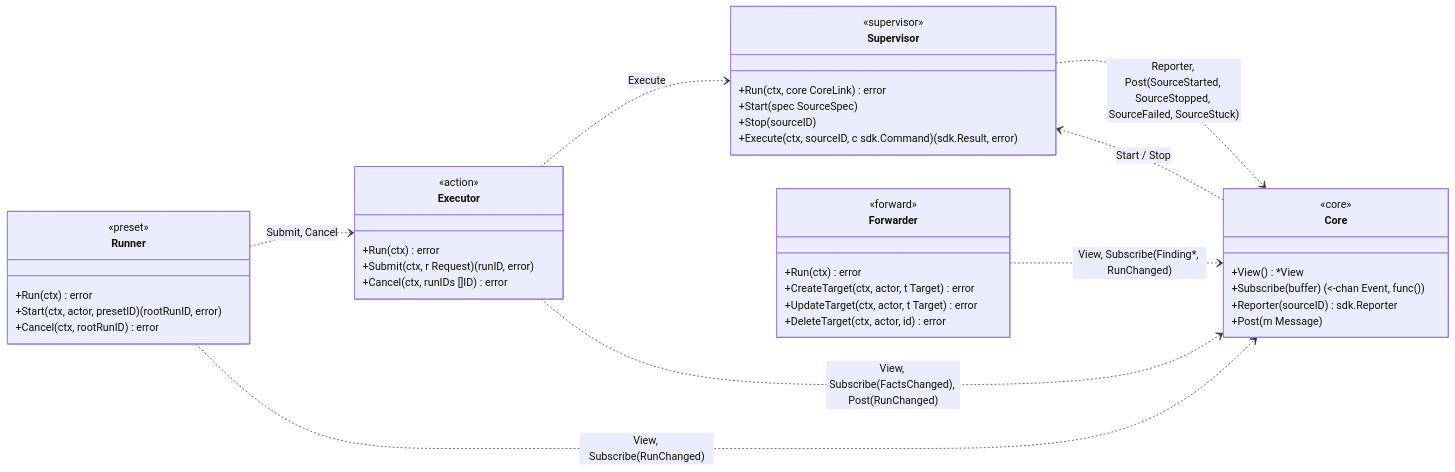
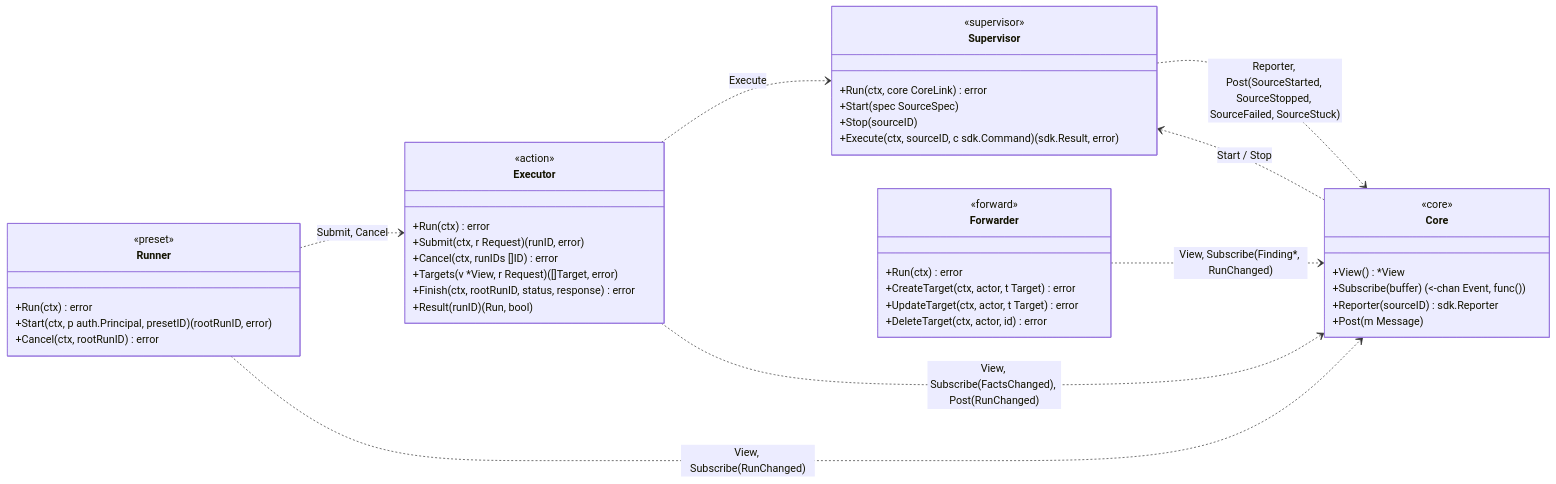
Before and after one commit to lukirs95/monika: the first of 6 diagrams in docs/contracts/services.md, drawn with Mermaid. The commit also changed other lines of this file and 6 other files, not shown here.

````diff
--- a/docs/contracts/services.md
+++ b/docs/contracts/services.md
@@ -9,46 +9,49 @@
 ```mermaid
 classDiagram
     direction LR
 
     class Supervisor {
         <<supervisor>>
         +Run(ctx, core CoreLink) error
         +Start(spec SourceSpec)
         +Stop(sourceID)
         +Execute(ctx, sourceID, c sdk.Command) (sdk.Result, error)
     }
     class Executor {
         <<action>>
         +Run(ctx) error
         +Submit(ctx, r Request) (runID, error)
         +Cancel(ctx, runIDs []ID) error
+        +Targets(v *View, r Request) ([]Target, error)
+        +Finish(ctx, rootRunID, status, response) error
+        +Result(runID) (Run, bool)
     }
     class Runner {
         <<preset>>
         +Run(ctx) error
-        +Start(ctx, actor, presetID) (rootRunID, error)
+        +Start(ctx, p auth.Principal, presetID) (rootRunID, error)
         +Cancel(ctx, rootRunID) error
     }
     class Forwarder {
         <<forward>>
         +Run(ctx) error
         +CreateTarget(ctx, actor, t Target) error
         +UpdateTarget(ctx, actor, t Target) error
         +DeleteTarget(ctx, actor, id) error
     }
     class Core {
         <<core>>
         +View() *View
         +Subscribe(buffer) (<-chan Event, func())
         +Reporter(sourceID) sdk.Reporter
         +Post(m Message)
     }
 
     Supervisor ..> Core : Reporter, Post(SourceStarted, SourceStopped, SourceFailed, SourceStuck)
     Core ..> Supervisor : Start / Stop
     Executor ..> Supervisor : Execute
     Executor ..> Core : View, Subscribe(FactsChanged), Post(RunChanged)
     Runner ..> Executor : Submit, Cancel
     Runner ..> Core : View, Subscribe(RunChanged)
     Forwarder ..> Core : View, Subscribe(Finding*, RunChanged)
 ```
````
